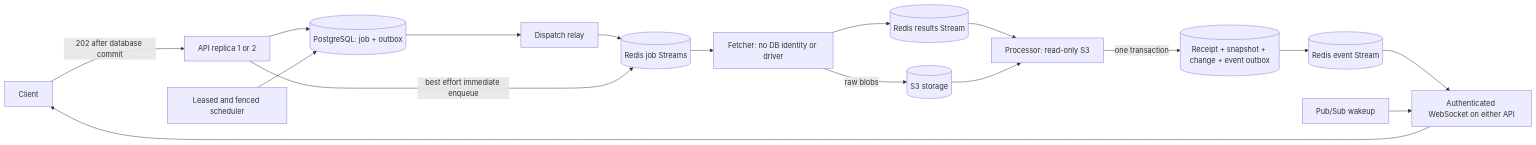
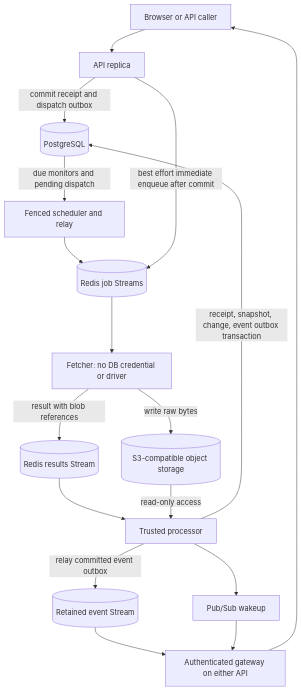
Before and after one commit to Sidharth8100/WARDEN: the diagram in docs/reports/part-1.md, drawn with Mermaid. The commit also changed other lines of this file and 11 other files, not shown here.

````diff
--- a/docs/reports/part-1.md
+++ b/docs/reports/part-1.md
@@ -40,19 +65,19 @@
 ```mermaid
-flowchart LR
-    Human[Client] -->|202 after database commit| API[API replica 1 or 2]
-    API --> DB[(PostgreSQL: job + outbox)]
-    Scheduler[Leased and fenced scheduler] --> DB
-    DB --> Relay[Dispatch relay]
-    Relay --> Jobs[(Redis job Streams)]
-    API -->|best effort immediate enqueue| Jobs
-    Jobs --> Fetcher[Fetcher: no DB identity or driver]
-    Fetcher -->|raw blobs| Store[(S3 storage)]
-    Fetcher --> Results[(Redis results Stream)]
-    Results --> Processor[Processor: read-only S3]
-    Store --> Processor
-    Processor -->|one transaction| Effects[(Receipt + snapshot + change + event outbox)]
-    Effects --> Events[(Redis event Stream)]
-    Events --> Gateway[Authenticated WebSocket on either API]
-    PubSub[Pub/Sub wakeup] --> Gateway
-    Gateway --> Human
+flowchart TB
+    Client[Browser or API caller] --> API[API replica]
+    API -->|commit receipt and dispatch outbox| DB[(PostgreSQL)]
+    DB -->|due monitors and pending dispatch| Scheduler[Fenced scheduler and relay]
+    Scheduler --> Jobs[(Redis job Streams)]
+    API -->|best effort immediate enqueue after commit| Jobs
+    Jobs --> Fetcher[Fetcher: no DB credential or driver]
+    Fetcher -->|write raw bytes| Blobs[(S3-compatible object storage)]
+    Fetcher -->|result with blob references| Results[(Redis results Stream)]
+    Results --> Processor[Trusted processor]
+    Blobs -->|read-only access| Processor
+    Processor -->|receipt, snapshot, change, event outbox transaction| DB
+    Processor -->|relay committed event outbox| Events[(Retained event Stream)]
+    Processor --> Wakeup[Pub/Sub wakeup]
+    Events --> Gateway[Authenticated gateway on either API]
+    Wakeup --> Gateway
+    Gateway --> Client
 ```
````
